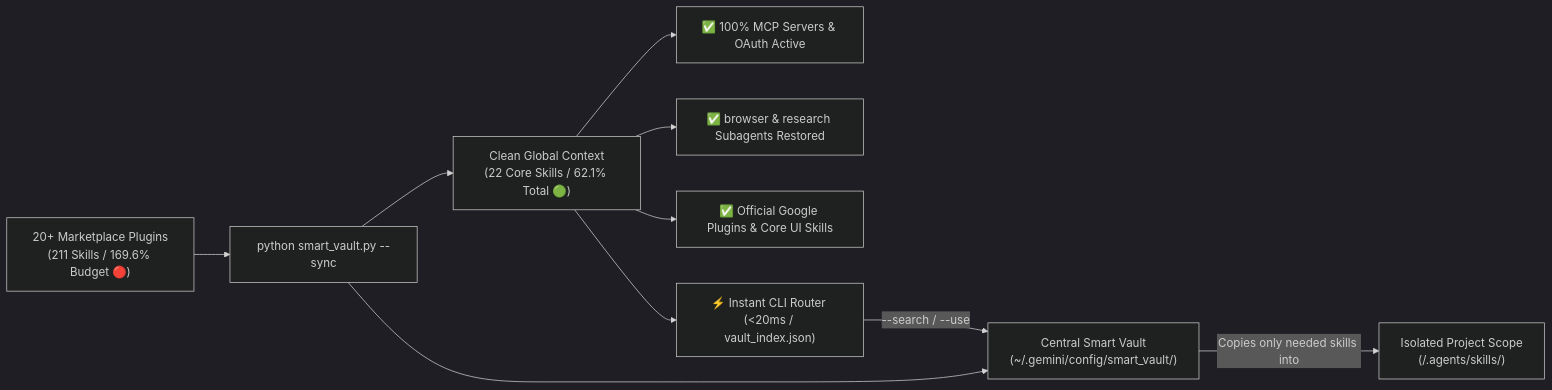
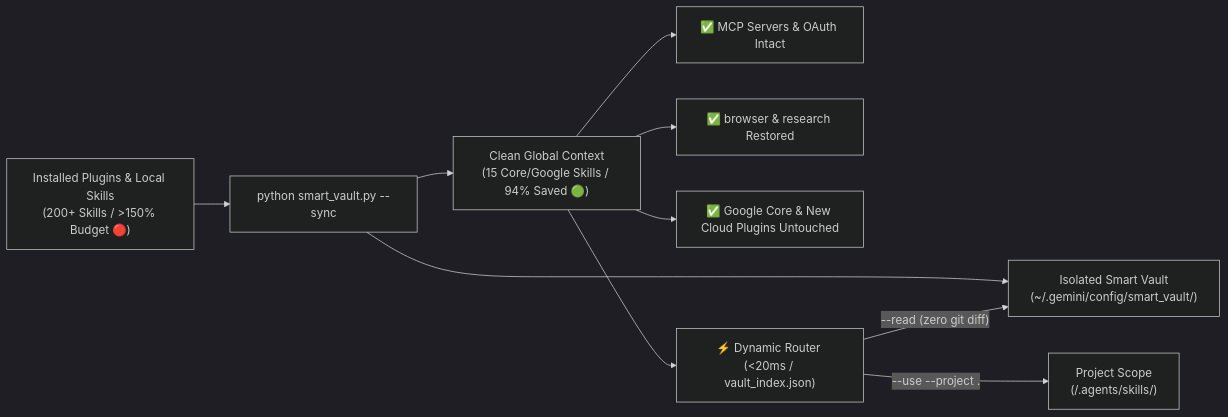
The diagram in README.md (aljasm-oss/antigravity-smart-vault), drawn with Mermaid (dark theme) before and after one commit. The commit also changed other lines of this file and 2 other files, not shown here.

Commit message:
feat(v2.0.1): opt-in cloud safety, auto-prune, disable awareness, direct read & clean restore

````diff
--- a/README.md
+++ b/README.md
@@ -34,12 +45,12 @@
 ```mermaid
 flowchart LR
-    A["20+ Marketplace Plugins<br/>(211 Skills / 169.6% Budget 🔴)"] --> B["python smart_vault.py --sync"]
-    B --> C["Clean Global Context<br/>(22 Core Skills / 62.1% Total 🟢)"]
-    B --> D["Central Smart Vault<br/>(~/.gemini/config/smart_vault/)"]
-    C --> C1["✅ 100% MCP Servers & OAuth Active"]
-    C --> C2["✅ browser & research Subagents Restored"]
-    C --> C3["✅ Official Google Plugins & Core UI Skills"]
-    C --> C4["⚡ Instant CLI Router (<20ms / vault_index.json)"]
-    C4 -- "--search / --use" --> D
-    D -- "Copies only needed skills into" --> E["Isolated Project Scope<br/>(<ProjectRoot>/.agents/skills/)"]
+    A["Installed Plugins & Local Skills<br/>(200+ Skills / >150% Budget 🔴)"] --> B["python smart_vault.py --sync"]
+    B --> C["Clean Global Context<br/>(15 Core/Google Skills / 94% Saved 🟢)"]
+    B --> D["Isolated Smart Vault<br/>(~/.gemini/config/smart_vault/)"]
+    C --> C1["✅ MCP Servers & OAuth Intact"]
+    C --> C2["✅ browser & research Restored"]
+    C --> C3["✅ Google Core & New Cloud Plugins Untouched"]
+    C --> C4["⚡ Dynamic Router (<20ms / vault_index.json)"]
+    C4 -- "--read (zero git diff)" --> D
+    C4 -- "--use --project ." --> E["Project Scope<br/>(<ProjectRoot>/.agents/skills/)"]
 ```
````
